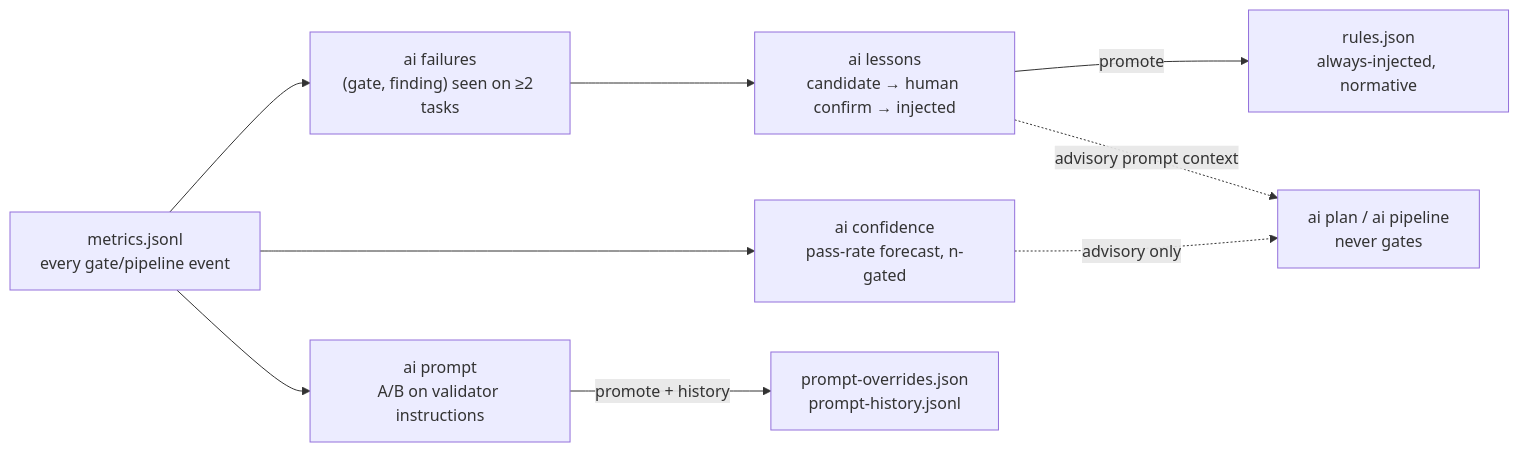
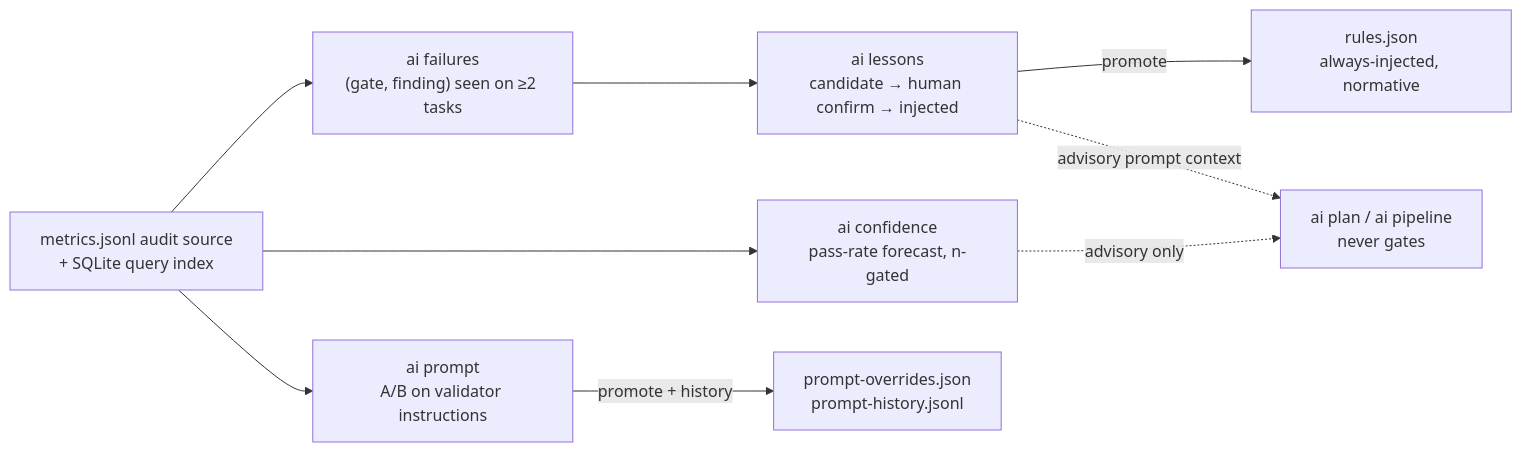
The second of 2 diagrams in docs/field-guide.md (marianozamora/ai-agent-stack), drawn with Mermaid before and after one commit. The commit also changed other lines of this file and 26 other files, not shown here.

First line of the commit message:
CI/test hardening + metrics SQLite index + packaging & docs overhaul

````diff
--- a/docs/field-guide.md
+++ b/docs/field-guide.md
@@ -105,11 +55,11 @@
 ```mermaid
 flowchart LR
-    M["metrics.jsonl<br/>every gate/pipeline event"] --> P["ai failures<br/>(gate, finding) seen on ≥2 tasks"]
+    M["metrics.jsonl audit source<br/>+ SQLite query index"] --> P["ai failures<br/>(gate, finding) seen on ≥2 tasks"]
     P --> L["ai lessons<br/>candidate → human confirm → injected"]
     L -->|promote| RULES["rules.json<br/>always-injected, normative"]
     M --> C["ai confidence<br/>pass-rate forecast, n-gated"]
     M --> PR["ai prompt<br/>A/B on validator instructions"]
     PR -->|promote + history| PO["prompt-overrides.json<br/>prompt-history.jsonl"]
     C -.->|advisory only| PLAN["ai plan / ai pipeline<br/>never gates"]
     L -.->|advisory prompt context| PLAN
 ```
````
